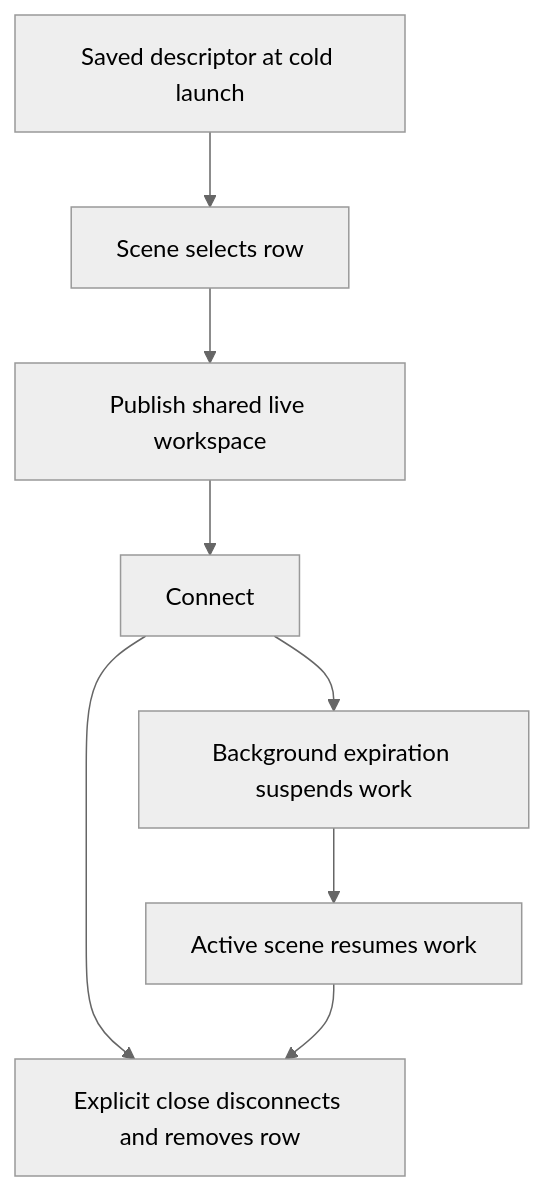
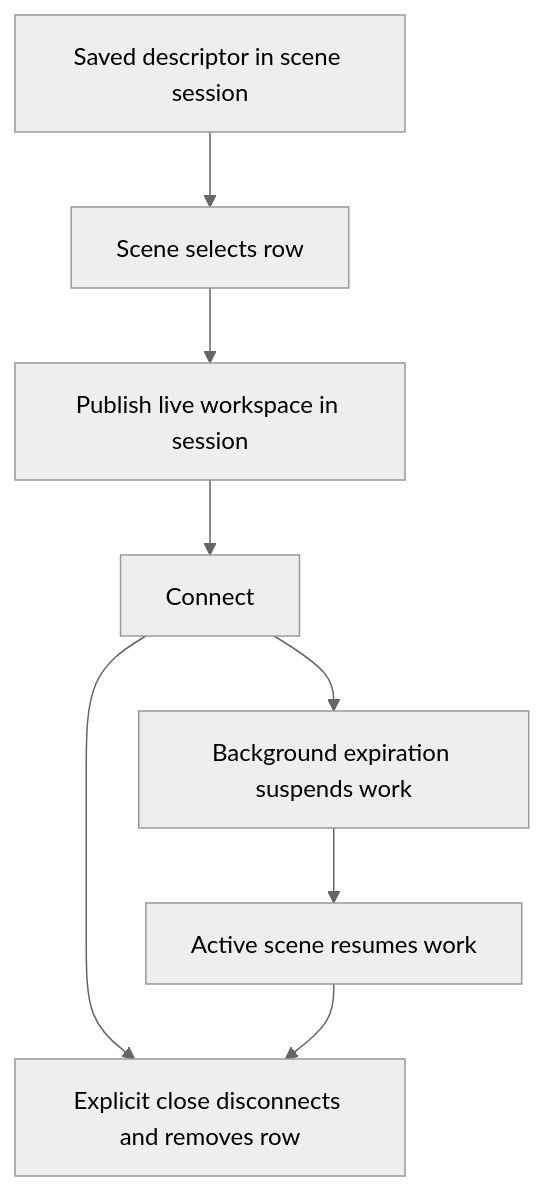
One commit to AkinoKaede/Termind changed the fifth of 5 diagrams in openwiki/concepts/ui-design-principles.md. Above: the diagram before and after it, drawn with Mermaid (neutral theme). The commit also changed other lines of this file and 51 other files, not shown here.

````diff
--- a/openwiki/concepts/ui-design-principles.md
+++ b/openwiki/concepts/ui-design-principles.md
@@ -260,10 +264,10 @@
 ```mermaid
 flowchart TD
-    Saved[Saved descriptor at cold launch] --> Selected[Scene selects row]
-    Selected --> Published[Publish shared live workspace]
-    Published --> Connected[Connect]
-    Connected --> Expired[Background expiration suspends work]
-    Expired --> Active[Active scene resumes work]
-    Connected --> Closed[Explicit close disconnects and removes row]
+    Saved["Saved descriptor in scene session"] --> Selected["Scene selects row"]
+    Selected --> Published["Publish live workspace in session"]
+    Published --> Connected["Connect"]
+    Connected --> Expired["Background expiration suspends work"]
+    Expired --> Active["Active scene resumes work"]
+    Connected --> Closed["Explicit close disconnects and removes row"]
     Active --> Closed
 ```
````
